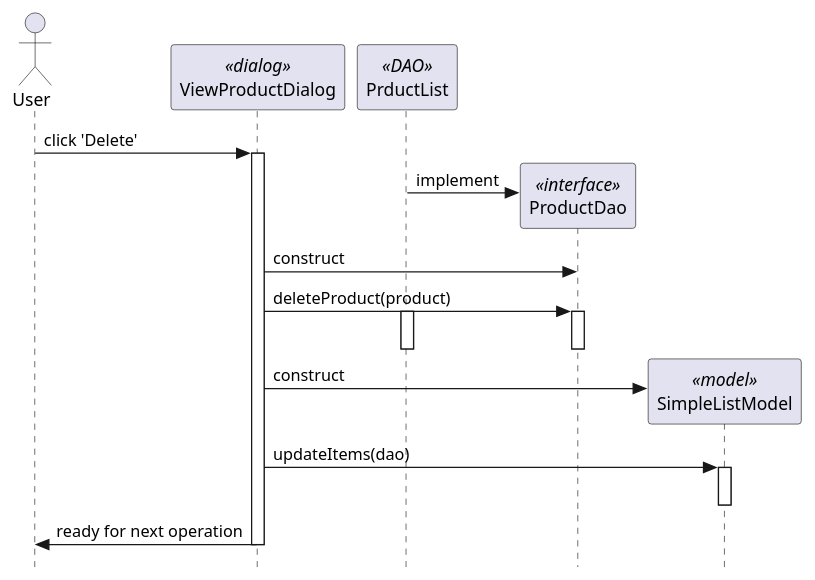
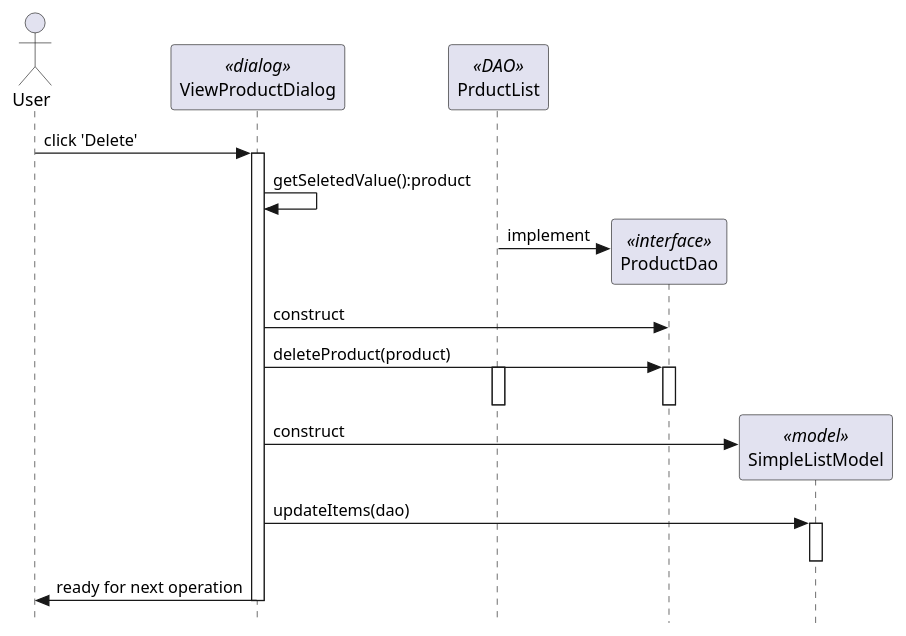
Before and after one commit to Kateli24/202: the diagram in sale/deleteProduct.pu, drawn with PlantUML. The commit also changed 1 other file, not shown here.

Commit message:
fixed errors of sequence diagrams

```diff
--- a/sale/deleteProduct.pu
+++ b/sale/deleteProduct.pu
@@ -1,31 +1,32 @@
 @startuml
 ' use strict UML mode
 skinparam style strictuml
 
 actor "User" as user
 
 participant "ViewProductDialog" as editor <<dialog>>
 user -> editor++ : click 'Delete'
+editor -> editor : getSeletedValue():product
 
 create "PrductList" as dao <<DAO>>
 
 create "ProductDao" as interface <<interface>> 
 dao -> interface : implement
 
 
 editor -> interface : construct
 editor -> interface++ : deleteProduct(product)
 dao++
 
 interface--
 dao--
 
 create "SimpleListModel" as model <<model>>
 editor -> model : construct
 
 editor -> model++ : updateItems(dao)
 model--
 
 
 editor –> user-- : ready for next operation
 @enduml
```
